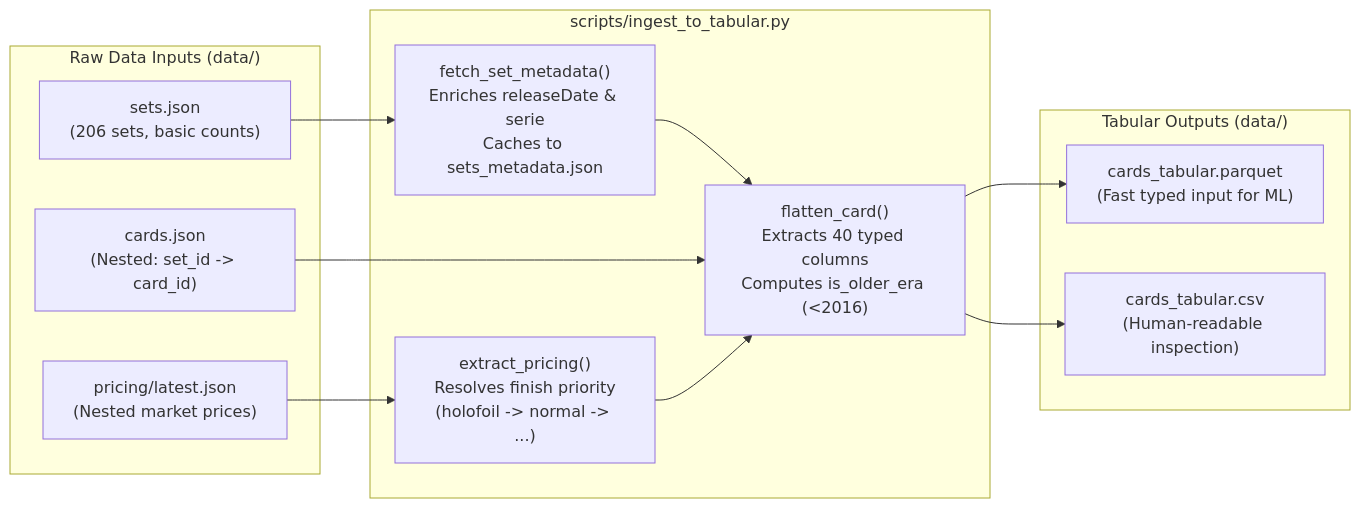
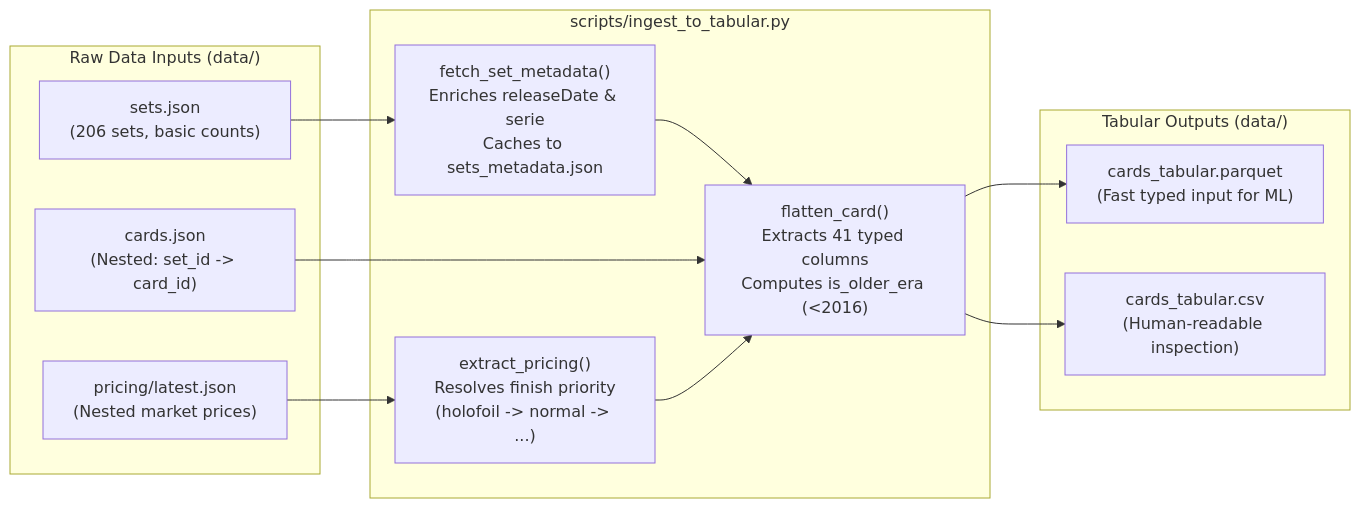
One commit to dev-thomas-h/Pokemon-Card-Similarity-and-Pricing-Modeling changed the diagram in docs/01-data-ingestion.md. Above: the diagram before and after it, drawn with Mermaid. The commit also changed other lines of this file and 15 other files, not shown here.

````diff
--- a/docs/01-data-ingestion.md
+++ b/docs/01-data-ingestion.md
@@ -11,26 +11,26 @@
 ```mermaid
 flowchart LR
     subgraph RawInputs["Raw Data Inputs (data/)"]
         S["sets.json\n(206 sets, basic counts)"]
         C["cards.json\n(Nested: set_id -> card_id)"]
         P["pricing/latest.json\n(Nested market prices)"]
     end
 
     subgraph IngestScript["scripts/ingest_to_tabular.py"]
         M["fetch_set_metadata()\nEnriches releaseDate & serie\nCaches to sets_metadata.json"]
         E["extract_pricing()\nResolves finish priority\n(holofoil -> normal -> ...)"]
-        F["flatten_card()\nExtracts 40 typed columns\nComputes is_older_era (<2016)"]
+        F["flatten_card()\nExtracts 41 typed columns\nComputes is_older_era (<2016)"]
     end
 
     subgraph Outputs["Tabular Outputs (data/)"]
         PQ["cards_tabular.parquet\n(Fast typed input for ML)"]
         CSV["cards_tabular.csv\n(Human-readable inspection)"]
     end
 
     S --> M
     M --> F
     C --> F
     P --> E --> F
     F --> PQ
     F --> CSV
 ```
````
